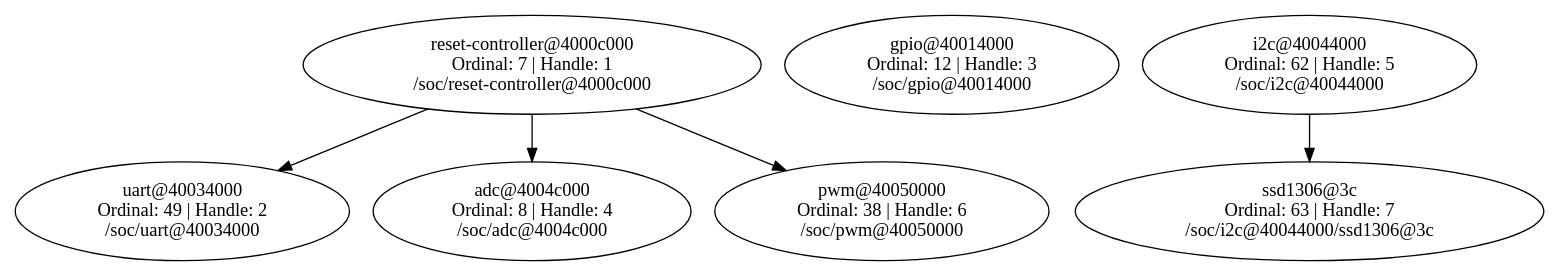
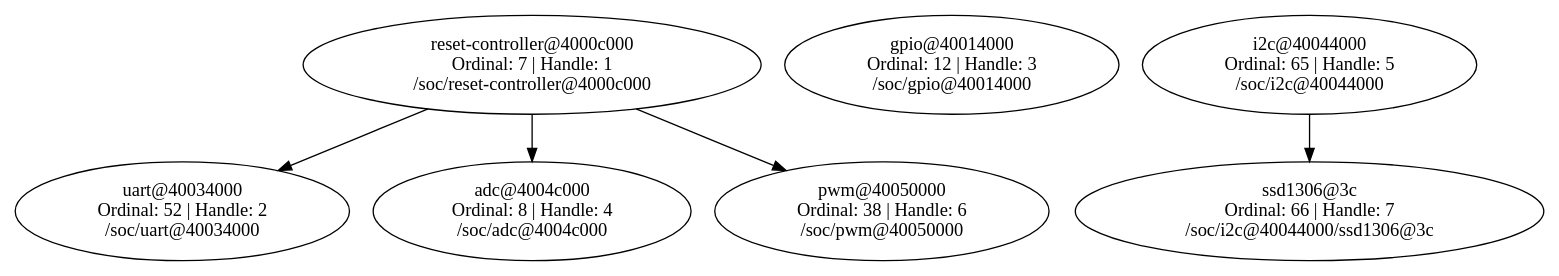
Before and after one commit to Diseno-electronico-2023-1/evse-rp2040-hardware: the diagram in app/build/zephyr/dev_graph.dot, drawn with Graphviz. The commit also changed 406 other files, not shown here.

```diff
--- a/app/build/zephyr/dev_graph.dot
+++ b/app/build/zephyr/dev_graph.dot
@@ -1,14 +1,14 @@
-// C:/Users/sergi/zephyrproject/evse-rp2040-hardware/app/build/zephyr/zephyr_pre0.elf
+// C:/Users/ediso/zephyrproject/evse-rp2040-hardware/app/build/zephyr/zephyr_pre0.elf
 digraph "Device dependency graph" {
 	7 [label="reset-controller@4000c000\nOrdinal: 7 | Handle: 1\n/soc/reset-controller@4000c000"]
-	49 [label="uart@40034000\nOrdinal: 49 | Handle: 2\n/soc/uart@40034000"]
+	52 [label="uart@40034000\nOrdinal: 52 | Handle: 2\n/soc/uart@40034000"]
 	12 [label="gpio@40014000\nOrdinal: 12 | Handle: 3\n/soc/gpio@40014000"]
 	8 [label="adc@4004c000\nOrdinal: 8 | Handle: 4\n/soc/adc@4004c000"]
-	62 [label="i2c@40044000\nOrdinal: 62 | Handle: 5\n/soc/i2c@40044000"]
+	65 [label="i2c@40044000\nOrdinal: 65 | Handle: 5\n/soc/i2c@40044000"]
 	38 [label="pwm@40050000\nOrdinal: 38 | Handle: 6\n/soc/pwm@40050000"]
-	63 [label="ssd1306@3c\nOrdinal: 63 | Handle: 7\n/soc/i2c@40044000/ssd1306@3c"]
+	66 [label="ssd1306@3c\nOrdinal: 66 | Handle: 7\n/soc/i2c@40044000/ssd1306@3c"]
+	7 -> 52
 	7 -> 38
-	7 -> 49
 	7 -> 8
-	62 -> 63
+	65 -> 66
 }
```
